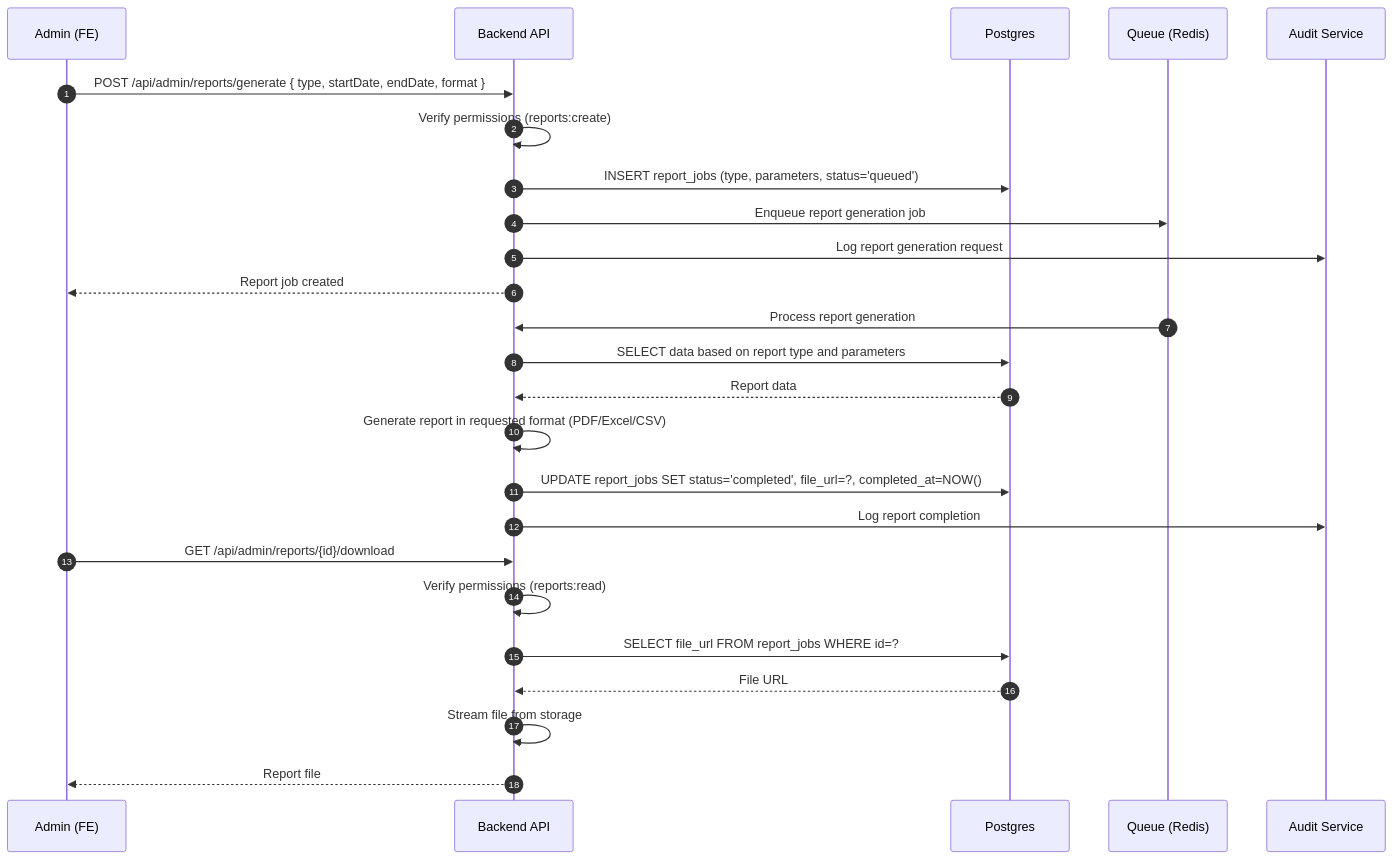
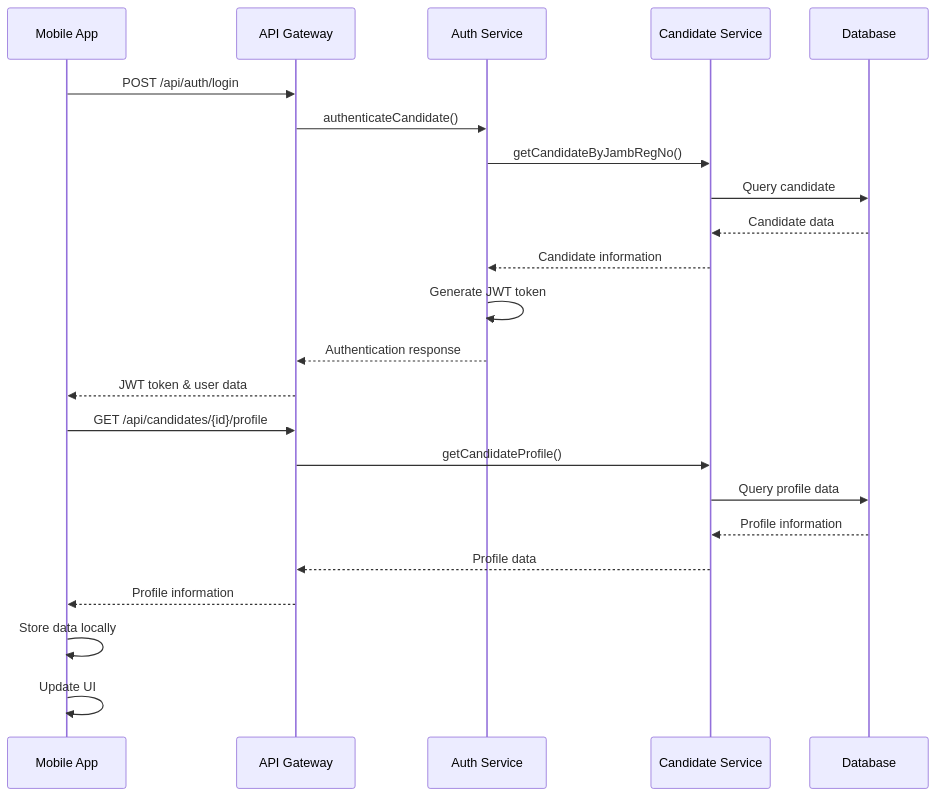
Diagram 16 of 17 in docs/sequence-diagrams.md (sbikelly/fuep_api), drawn with Mermaid before and after one commit. The commit also changed other lines of this file and 35 other files, not shown here.

````diff
--- a/docs/sequence-diagrams.md
+++ b/docs/sequence-diagrams.md
@@ -579,30 +598,28 @@
 ```mermaid
 sequenceDiagram
-  autonumber
-  participant ADM as Admin (FE)
-  participant API as Backend API
-  participant DB as Postgres
-  participant Q as Queue (Redis)
-  participant AUDIT as Audit Service
+    participant M as Mobile App
+    participant A as API Gateway
+    participant AS as Auth Service
+    participant CS as Candidate Service
+    participant DB as Database
 
-  ADM->>API: POST /api/admin/reports/generate { type, startDate, endDate, format }
-  API->>API: Verify permissions (reports:create)
-  API->>DB: INSERT report_jobs (type, parameters, status='queued')
-  API->>Q: Enqueue report generation job
-  API->>AUDIT: Log report generation request
-  API-->>ADM: Report job created
+    M->>A: POST /api/auth/login
+    A->>AS: authenticateCandidate()
+    AS->>CS: getCandidateByJambRegNo()
+    CS->>DB: Query candidate
+    DB-->>CS: Candidate data
+    CS-->>AS: Candidate information
+    AS->>AS: Generate JWT token
+    AS-->>A: Authentication response
+    A-->>M: JWT token & user data
 
-  Q->>API: Process report generation
-  API->>DB: SELECT data based on report type and parameters
-  DB-->>API: Report data
-  API->>API: Generate report in requested format (PDF/Excel/CSV)
-  API->>DB: UPDATE report_jobs SET status='completed', file_url=?, completed_at=NOW()
-  API->>AUDIT: Log report completion
+    M->>A: GET /api/candidates/{id}/profile
+    A->>CS: getCandidateProfile()
+    CS->>DB: Query profile data
+    DB-->>CS: Profile information
+    CS-->>A: Profile data
+    A-->>M: Profile information
 
-  ADM->>API: GET /api/admin/reports/{id}/download
-  API->>API: Verify permissions (reports:read)
-  API->>DB: SELECT file_url FROM report_jobs WHERE id=?
-  DB-->>API: File URL
-  API->>API: Stream file from storage
-  API-->>ADM: Report file
+    M->>M: Store data locally
+    M->>M: Update UI
 ```
````
